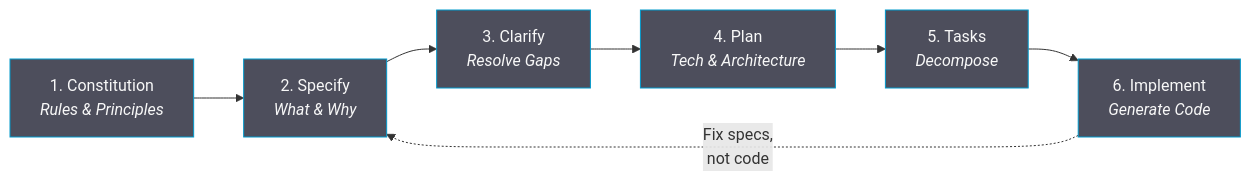
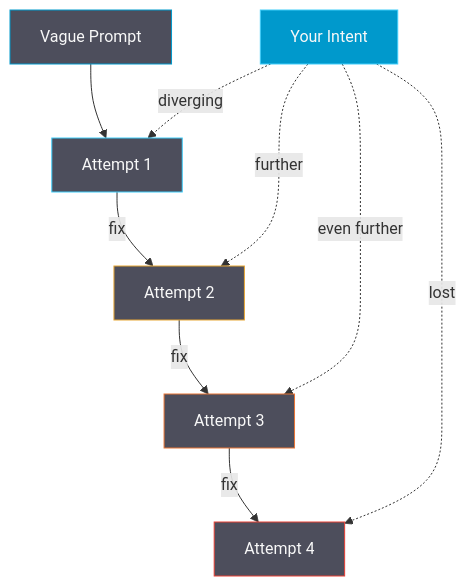
One commit to Evanion/spec-kit-presentation changed the first of 4 diagrams in slides.md. Above: the diagram before and after it, drawn with Mermaid. The commit also changed other lines of this file and 11 other files, not shown here.

First line of the commit message:
Improve presentation engagement, structure, and architecture (#4)

````diff
--- a/slides.md
+++ b/slides.md
@@ -462,16 +135,18 @@
 ```mermaid
-graph LR
-    A["1. Constitution<br/><i>Rules & Principles</i>"] --> B["2. Specify<br/><i>What & Why</i>"]
-    B --> C["3. Clarify<br/><i>Resolve Gaps</i>"]
-    C --> D["4. Plan<br/><i>Tech & Architecture</i>"]
-    D --> E["5. Tasks<br/><i>Decompose</i>"]
-    E --> F["6. Implement<br/><i>Generate Code</i>"]
-    F -.->|"Fix specs,<br/>not code"| B
+graph TD
+    P["Vague Prompt"] --> A1["Attempt 1"]
+    A1 -->|"fix"| A2["Attempt 2"]
+    A2 -->|"fix"| A3["Attempt 3"]
+    A3 -->|"fix"| A4["Attempt 4"]
+    I["Your Intent"] -.->|"diverging"| A1
+    I -.->|"further"| A2
+    I -.->|"even further"| A3
+    I -.->|"lost"| A4
 
-    style A fill:#4D4E5C,stroke:#0099CC,color:#F8F8F8
-    style B fill:#4D4E5C,stroke:#0099CC,color:#F8F8F8
-    style C fill:#4D4E5C,stroke:#0099CC,color:#F8F8F8
-    style D fill:#4D4E5C,stroke:#0099CC,color:#F8F8F8
-    style E fill:#4D4E5C,stroke:#0099CC,color:#F8F8F8
-    style F fill:#4D4E5C,stroke:#0099CC,color:#F8F8F8
+    style P fill:#4D4E5C,stroke:#0099CC,color:#F8F8F8
+    style I fill:#0099CC,stroke:#3FCDFA,color:#F8F8F8
+    style A1 fill:#4D4E5C,stroke:#3FCDFA,color:#F8F8F8
+    style A2 fill:#4D4E5C,stroke:#E8A735,color:#F8F8F8
+    style A3 fill:#4D4E5C,stroke:#E87435,color:#F8F8F8
+    style A4 fill:#4D4E5C,stroke:#E84035,color:#F8F8F8
 ```
````
